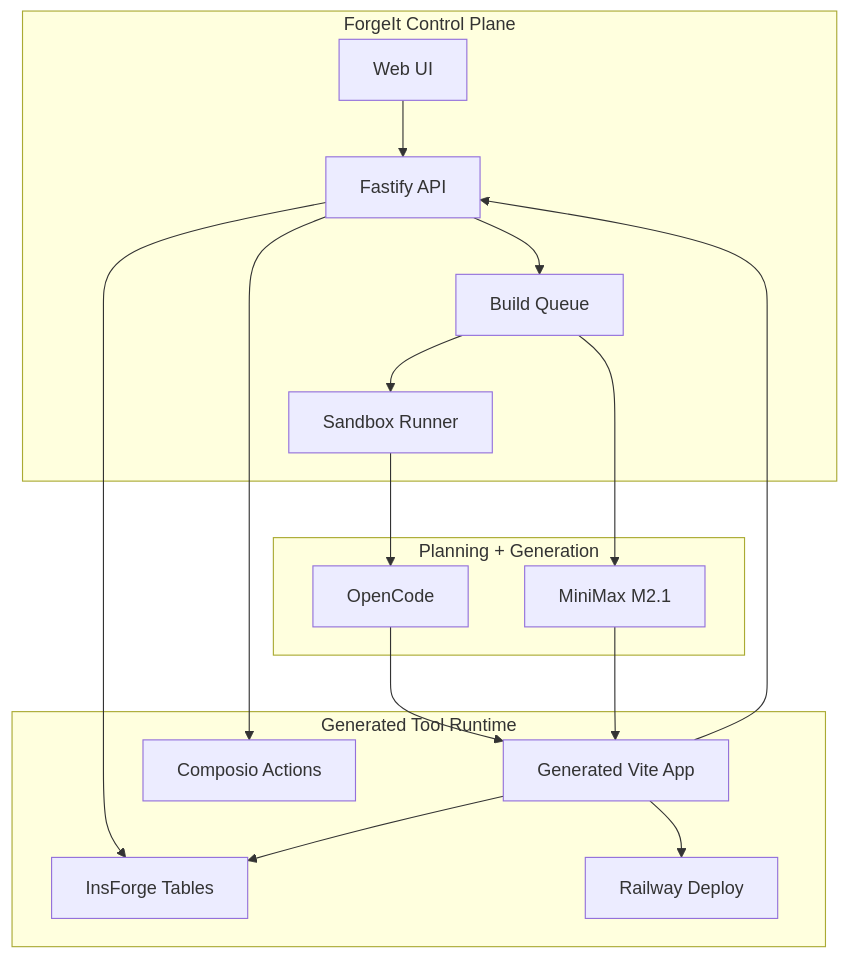
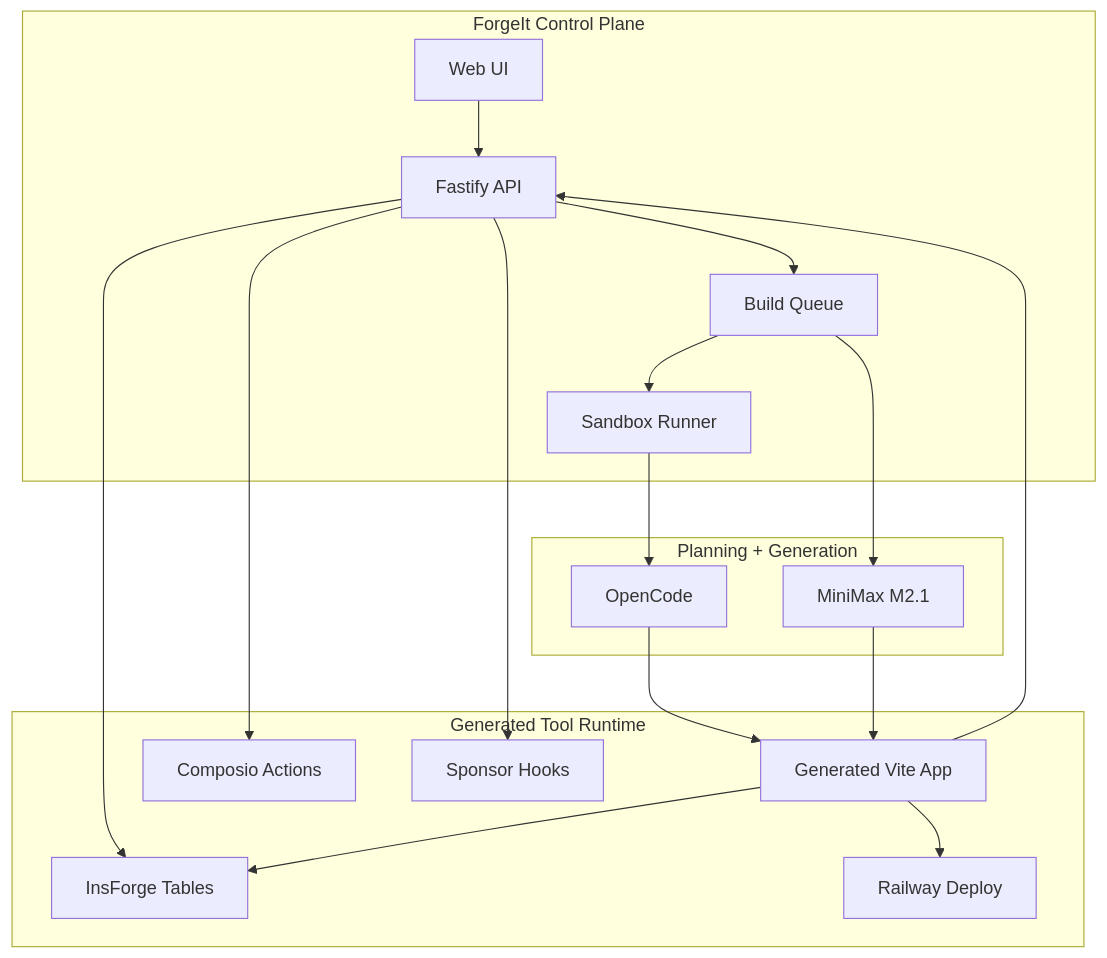
The second of 2 diagrams in README.md (kgarg2468/forge-it), drawn with Mermaid before and after one commit. The commit also changed other lines of this file and 6 other files, not shown here.

Commit message:
Add sponsor integration hooks

````diff
--- a/README.md
+++ b/README.md
@@ -84,34 +76,36 @@
 ```mermaid
 flowchart TD
   subgraph ForgeIt["ForgeIt Control Plane"]
     Web["Web UI"]
     API["Fastify API"]
     Queue["Build Queue"]
     Runner["Sandbox Runner"]
   end
 
   subgraph Intelligence["Planning + Generation"]
     MiniMax["MiniMax M2.1"]
     OpenCode["OpenCode"]
   end
 
   subgraph Runtime["Generated Tool Runtime"]
     App["Generated Vite App"]
     InsForge["InsForge Tables"]
     Composio["Composio Actions"]
+    Sponsors["Sponsor Hooks"]
     Railway["Railway Deploy"]
   end
 
   Web --> API
   API --> Queue
   Queue --> MiniMax
   Queue --> Runner
   Runner --> OpenCode
   OpenCode --> App
   MiniMax --> App
   API --> InsForge
   App --> InsForge
   App --> API
   API --> Composio
+  API --> Sponsors
   App --> Railway
 ```
````
